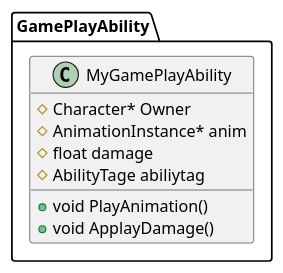
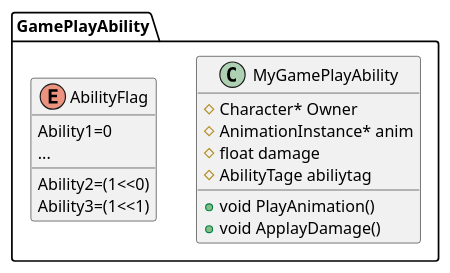
Before and after one commit to shutouyusei/UML: the diagram in MsgicLibrary/class図/GamePlayAbility.pu, drawn with PlantUML.

Commit message:
[add]AbilityFlag

```diff
--- a/MsgicLibrary/class図/GamePlayAbility.pu
+++ b/MsgicLibrary/class図/GamePlayAbility.pu
@@ -1,14 +1,21 @@
 @startuml
 package GamePlayAbility
 {
     class MyGamePlayAbility
     {
         #Character* Owner
         #AnimationInstance* anim
         #float damage
         #AbilityTage abiliytag
         +void PlayAnimation()
         +void ApplayDamage()
     }
+    enum AbilityFlag
+    {
+        Ability1=0
+        Ability2=(1<<0)
+        Ability3=(1<<1)
+        ...
+    }
 }
 @endumls
```
